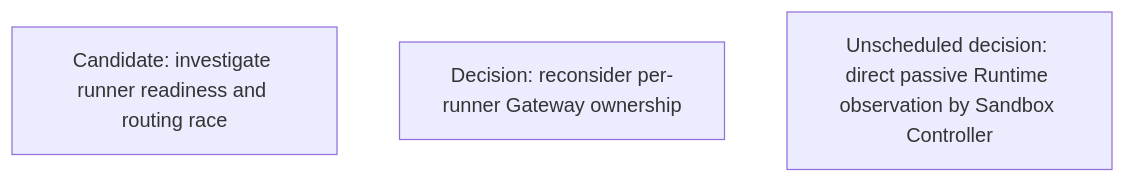
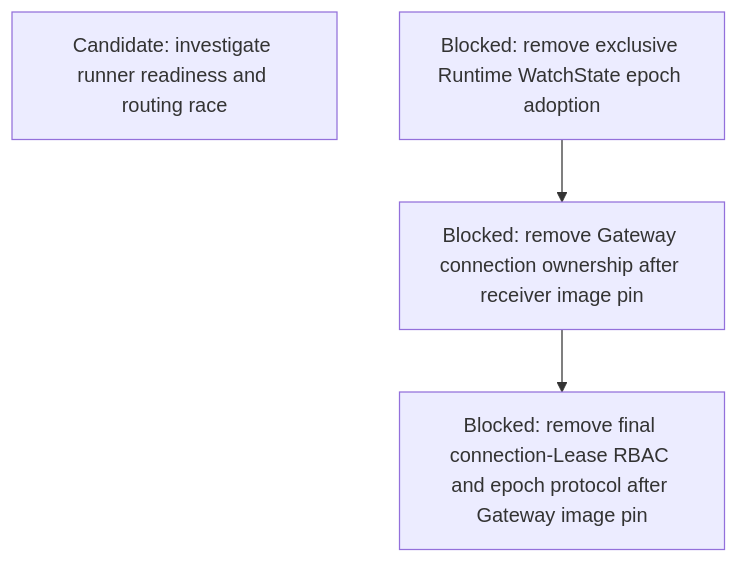
Before and after one commit to agentydragon/ducktape: diagram 13 of 18 in agentplane/plans/task_dag.md, drawn with Mermaid. The commit also changed other lines of this file and 3 other files, not shown here.

Commit message:
docs(agentplane): record Gateway replica ownership

````diff
--- a/agentplane/plans/task_dag.md
+++ b/agentplane/plans/task_dag.md
@@ -2286,6 +2293,9 @@
 ```mermaid
 flowchart TD
     RUNNER_OBSERVATION_READINESS_RACE[Candidate: investigate runner readiness and routing race]
-    RUNNER_GATEWAY_REPLICA_OWNERSHIP_DESIGN[Decision: reconsider per-runner Gateway ownership]
-    RUNNER_STATE_OBSERVATION[Unscheduled decision: direct passive Runtime observation by Sandbox Controller]
+    RUNNER_MULTI_REPLICA_WATCHSTATE[Blocked: remove exclusive Runtime WatchState epoch adoption]
+    RUNNER_GATEWAY_CONNECTION_LEASE_REMOVAL[Blocked: remove Gateway connection ownership after receiver image pin]
+    RUNNER_CONNECTION_LEASE_CLEANUP[Blocked: remove final connection-Lease RBAC and epoch protocol after Gateway image pin]
+    RUNNER_MULTI_REPLICA_WATCHSTATE --> RUNNER_GATEWAY_CONNECTION_LEASE_REMOVAL
+    RUNNER_GATEWAY_CONNECTION_LEASE_REMOVAL --> RUNNER_CONNECTION_LEASE_CLEANUP
 ```
````
